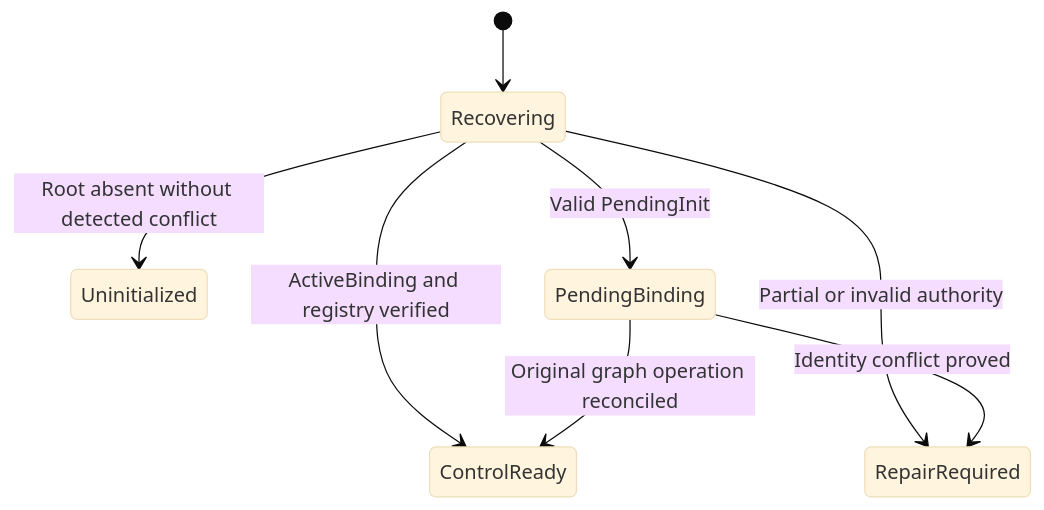
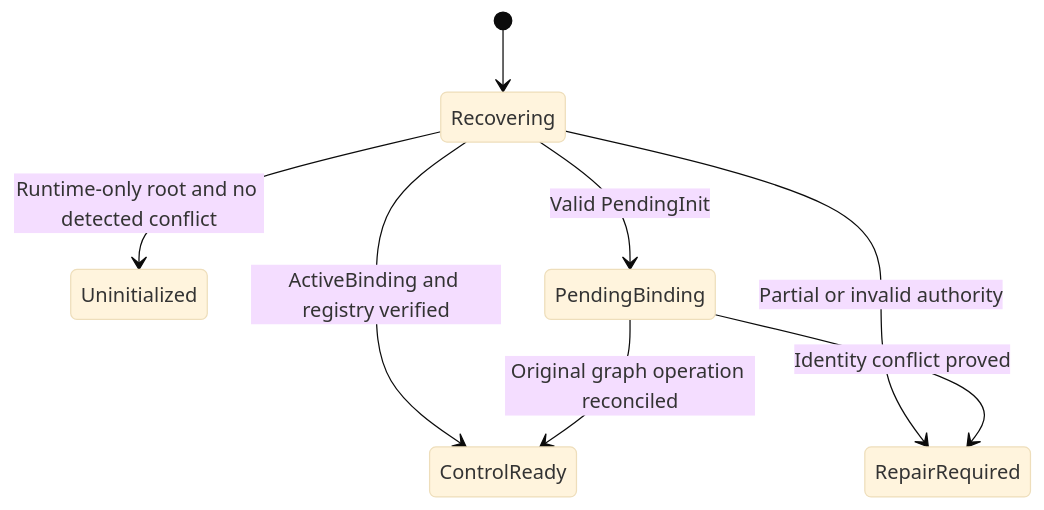
The seventh of 11 diagrams in docs/designs/production-bootstrap-status.md (pidster/asura), drawn with Mermaid (base theme) before and after one commit. The commit also changed other lines of this file and 246 other files, not shown here.

````diff
--- a/docs/designs/production-bootstrap-status.md
+++ b/docs/designs/production-bootstrap-status.md
@@ -301,10 +338,10 @@
 ```mermaid
 stateDiagram-v2
     [*] --> Recovering
-    Recovering --> Uninitialized: Root absent without detected conflict
+    Recovering --> Uninitialized: Runtime-only root and no detected conflict
     Recovering --> PendingBinding: Valid PendingInit
     Recovering --> ControlReady: ActiveBinding and registry verified
     Recovering --> RepairRequired: Partial or invalid authority
     PendingBinding --> ControlReady: Original graph operation reconciled
     PendingBinding --> RepairRequired: Identity conflict proved
 ```
````
